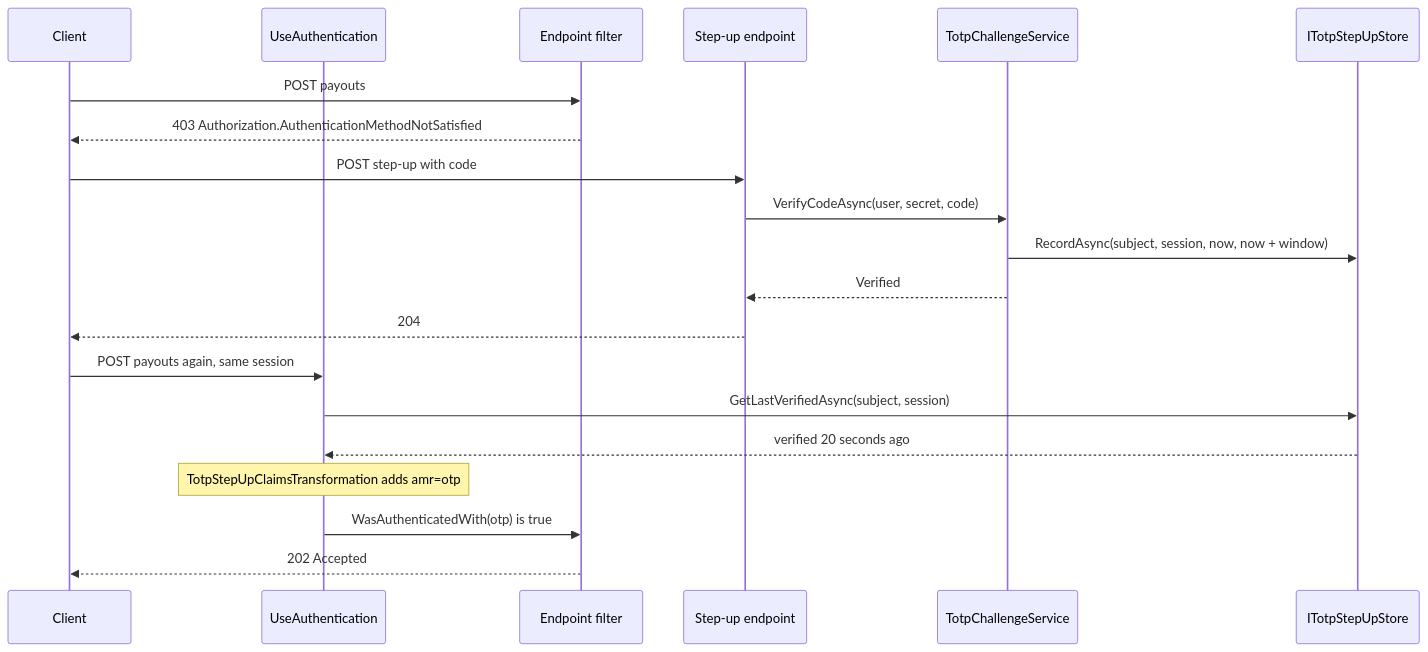
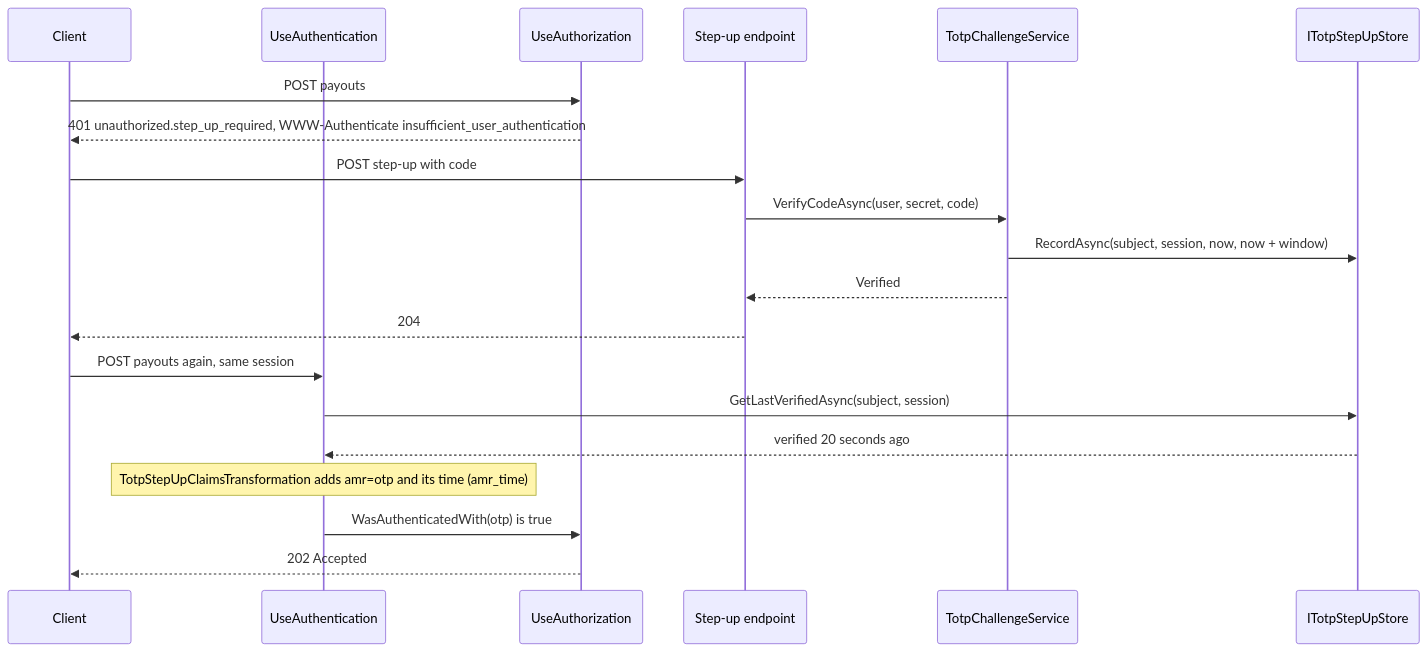
Before and after one commit to Gresta-Vertex-Labs/platform-shared-kernel: the second of 4 diagrams in 12.Security/SharedKernel.Security.Totp/README.md, drawn with Mermaid. The commit also changed other lines of this file and 78 other files, not shown here.

````diff
--- a/12.Security/SharedKernel.Security.Totp/README.md
+++ b/12.Security/SharedKernel.Security.Totp/README.md
@@ -192,22 +187,22 @@
 ```mermaid
 sequenceDiagram
     participant Client
     participant Auth as UseAuthentication
-    participant Filter as Endpoint filter
+    participant Authz as UseAuthorization
     participant StepUp as Step-up endpoint
     participant Challenge as TotpChallengeService
     participant Store as ITotpStepUpStore
-    Client->>Filter: POST payouts
-    Filter-->>Client: 403 Authorization.AuthenticationMethodNotSatisfied
+    Client->>Authz: POST payouts
+    Authz-->>Client: 401 unauthorized.step_up_required, WWW-Authenticate insufficient_user_authentication
     Client->>StepUp: POST step-up with code
     StepUp->>Challenge: VerifyCodeAsync(user, secret, code)
     Challenge->>Store: RecordAsync(subject, session, now, now + window)
     Challenge-->>StepUp: Verified
     StepUp-->>Client: 204
     Client->>Auth: POST payouts again, same session
     Auth->>Store: GetLastVerifiedAsync(subject, session)
     Store-->>Auth: verified 20 seconds ago
-    Note over Auth: TotpStepUpClaimsTransformation adds amr=otp
-    Auth->>Filter: WasAuthenticatedWith(otp) is true
-    Filter-->>Client: 202 Accepted
+    Note over Auth: TotpStepUpClaimsTransformation adds amr=otp and its time (amr_time)
+    Auth->>Authz: WasAuthenticatedWith(otp) is true
+    Authz-->>Client: 202 Accepted
 ```
````
